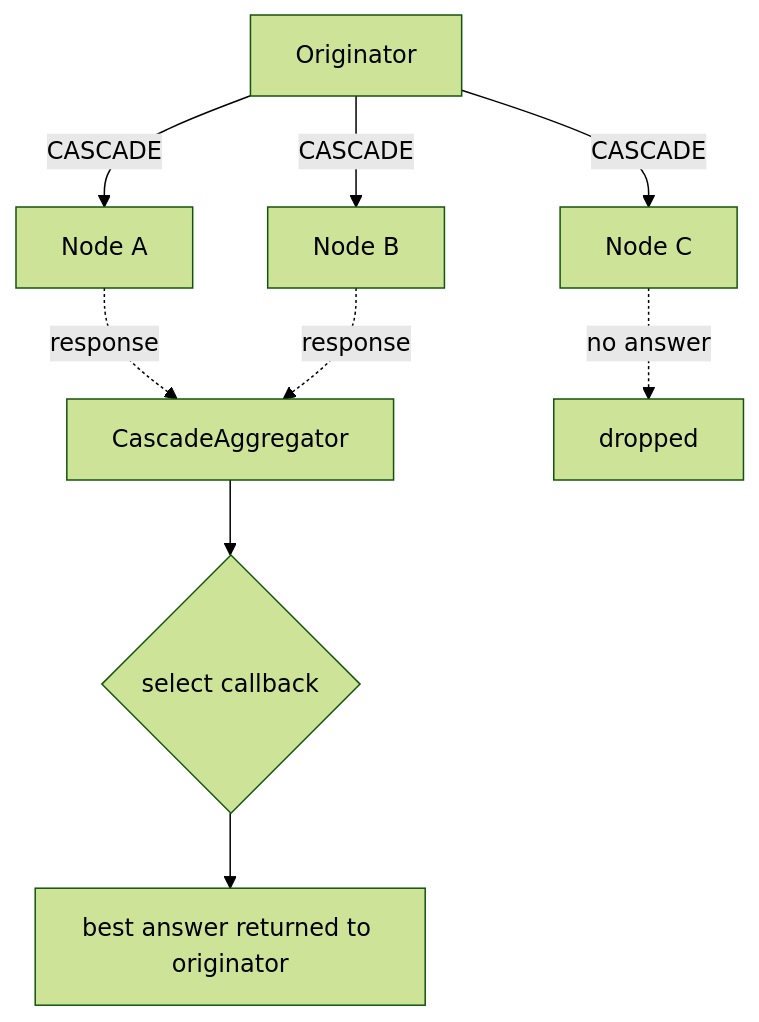
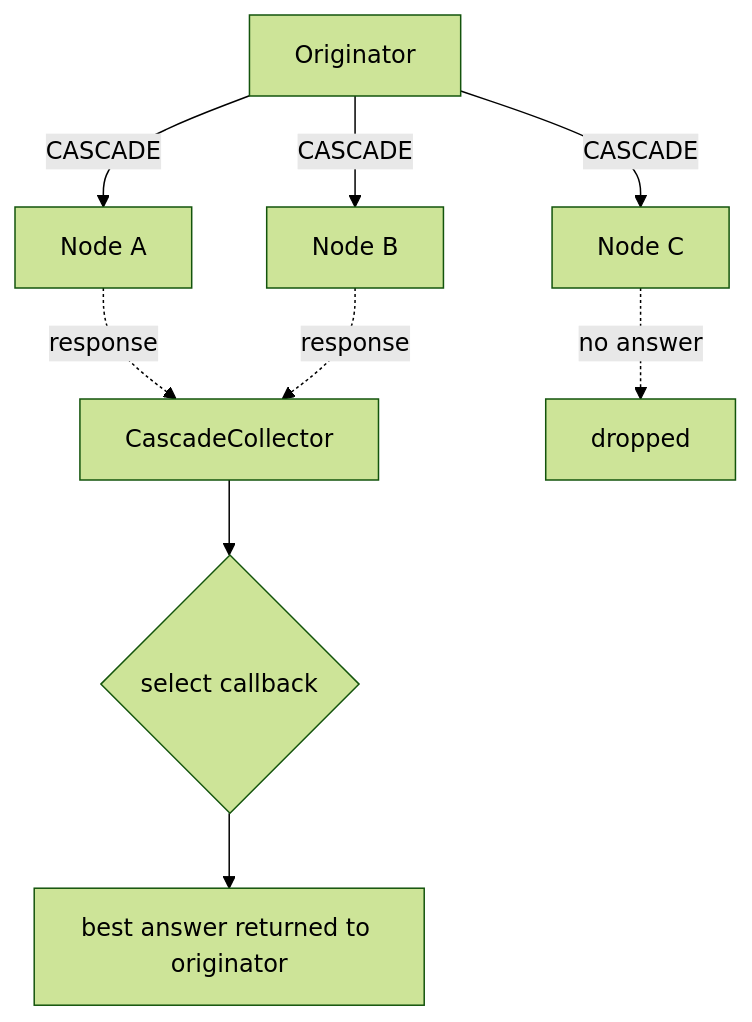
The second of 2 diagrams in docs/concepts/mesh.md (JarbasHiveMind/HiveMind-community-docs), drawn with Mermaid (forest theme) before and after one commit. The commit also changed other lines of this file, not shown here.

Commit message:
docs: fix mesh.md, class is CascadeCollector not fabricated CascadeAggregator

````diff
--- a/docs/concepts/mesh.md
+++ b/docs/concepts/mesh.md
@@ -111,11 +111,11 @@
 ```mermaid
 flowchart TD
     O[Originator] -->|CASCADE| A[Node A]
     O -->|CASCADE| B[Node B]
     O -->|CASCADE| C[Node C]
-    A -.->|response| G[CascadeAggregator]
+    A -.->|response| G[CascadeCollector]
     B -.->|response| G
     C -.-> |no answer| X[dropped]
     G --> P{select callback}
     P --> W[best answer returned to originator]
 ```
````
